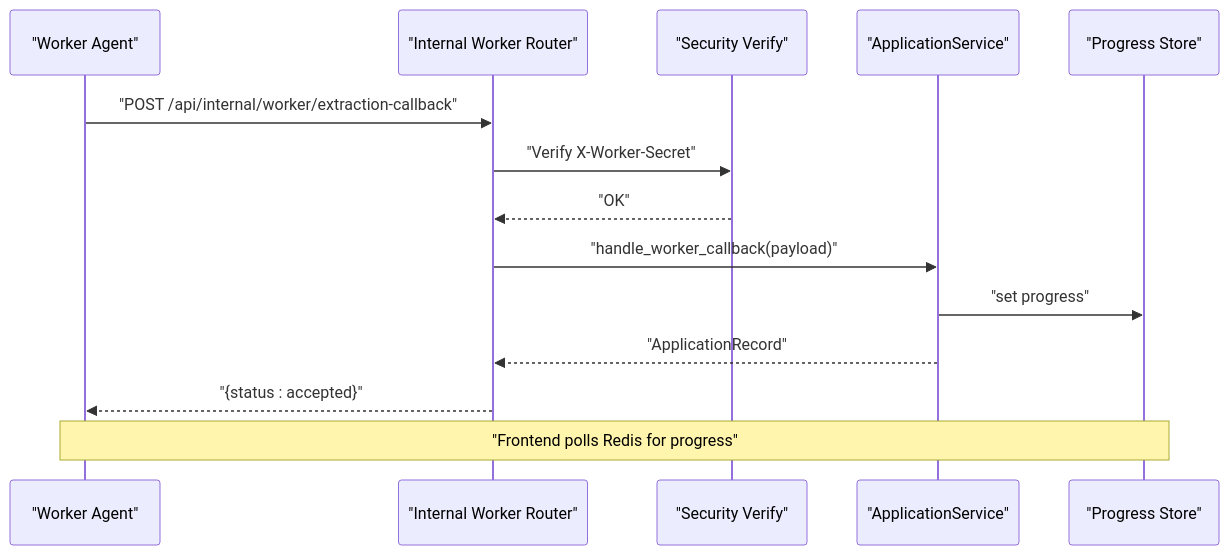
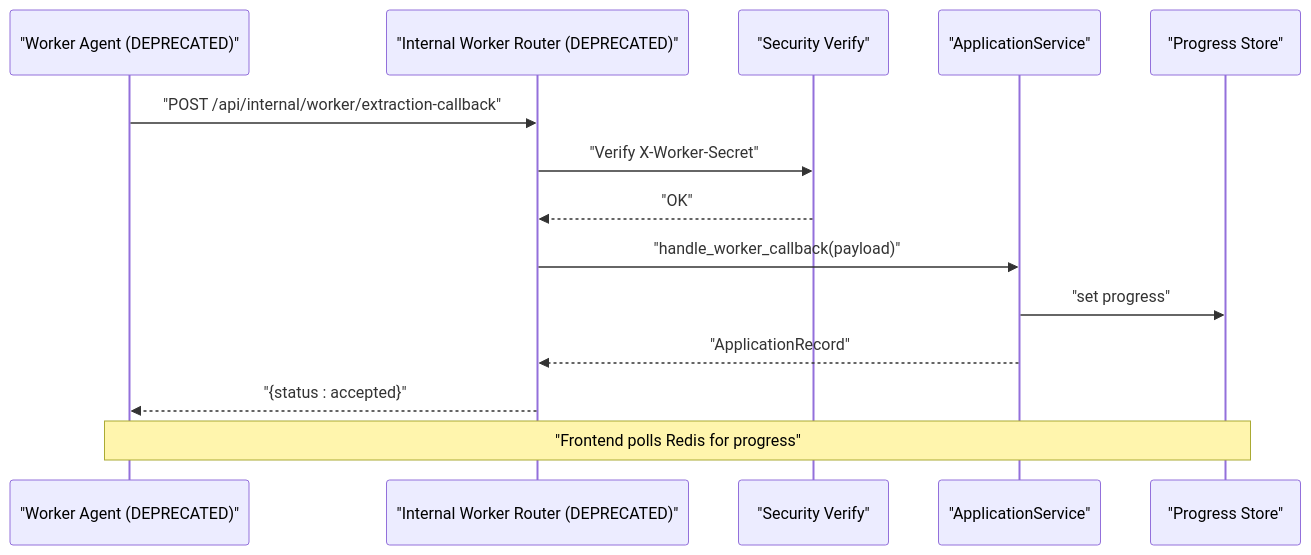
The second of 3 diagrams in .qoder/repowiki/en/content/Backend API/API Endpoints/Internal Worker API.md (sankaL/resume-app), drawn with Mermaid before and after one commit. The commit also changed other lines of this file and 7 other files, not shown here.

````diff
--- a/.qoder/repowiki/en/content/Backend API/API Endpoints/Internal Worker API.md
+++ b/.qoder/repowiki/en/content/Backend API/API Endpoints/Internal Worker API.md
@@ -114,16 +128,16 @@
 ```mermaid
 sequenceDiagram
-participant Agent as "Worker Agent"
-participant API as "Internal Worker Router"
+participant Agent as "Worker Agent (DEPRECATED)"
+participant API as "Internal Worker Router (DEPRECATED)"
 participant Sec as "Security Verify"
 participant Svc as "ApplicationService"
 participant DB as "Progress Store"
 Agent->>API : "POST /api/internal/worker/extraction-callback"
 API->>Sec : "Verify X-Worker-Secret"
 Sec-->>API : "OK"
 API->>Svc : "handle_worker_callback(payload)"
 Svc->>DB : "set progress"
 Svc-->>API : "ApplicationRecord"
 API-->>Agent : "{status : accepted}"
 Note over Agent,DB : "Frontend polls Redis for progress"
 ```
````
